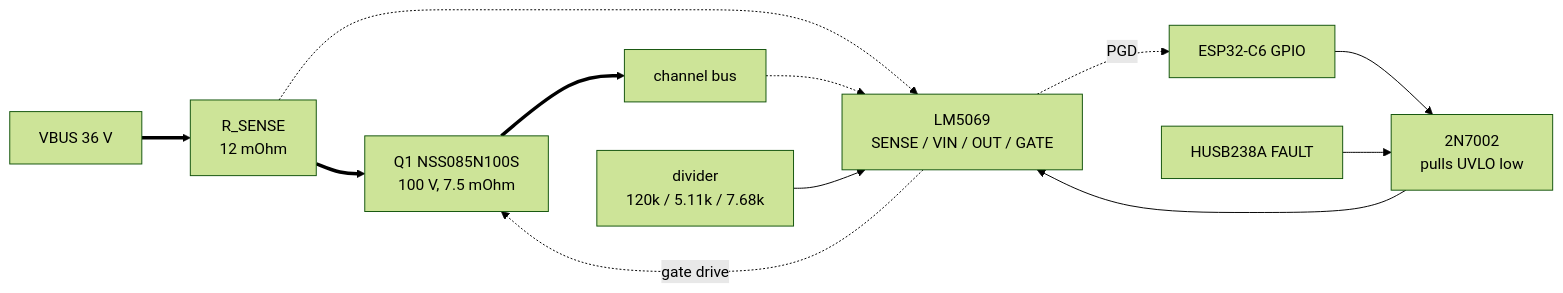
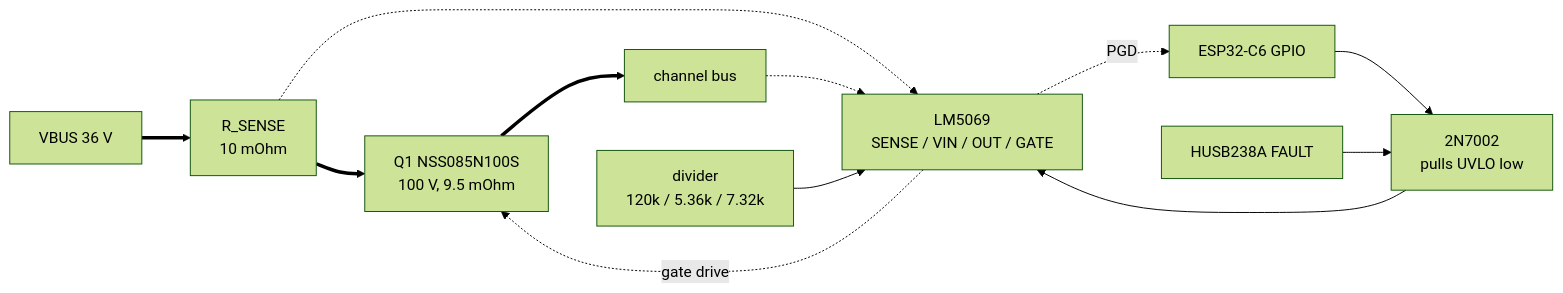
One commit to lucsoft/pcb-design changed the fourth of 4 diagrams in designs/led-matrix-controller/README.md. Above: the diagram before and after it, drawn with Mermaid (forest theme). The commit also changed other lines of this file and 6 other files, not shown here.

First line of the commit message:
led-matrix: correct the LM5069 sizing and sweep the consequences

````diff
--- a/designs/led-matrix-controller/README.md
+++ b/designs/led-matrix-controller/README.md
@@ -490,14 +495,14 @@
 ```mermaid
 flowchart LR
-  VBUS[VBUS 36 V] ==> RS["R_SENSE<br/>12 mOhm"]
-  RS ==> Q["Q1 NSS085N100S<br/>100 V, 7.5 mOhm"]
+  VBUS[VBUS 36 V] ==> RS["R_SENSE<br/>10 mOhm"]
+  RS ==> Q["Q1 NSS085N100S<br/>100 V, 9.5 mOhm"]
   Q ==> OUTN[channel bus]
   U["LM5069<br/>SENSE / VIN / OUT / GATE"] -. gate drive .-> Q
   RS -.-> U
   OUTN -.-> U
-  DIV["divider<br/>120k / 5.11k / 7.68k"] --> U
+  DIV["divider<br/>120k / 5.36k / 7.32k"] --> U
   MCU[ESP32-C6 GPIO] --> QE["2N7002<br/>pulls UVLO low"]
   FLT[HUSB238A FAULT] --> QE
   QE --> U
   U -. PGD .-> MCU
 ```
````
